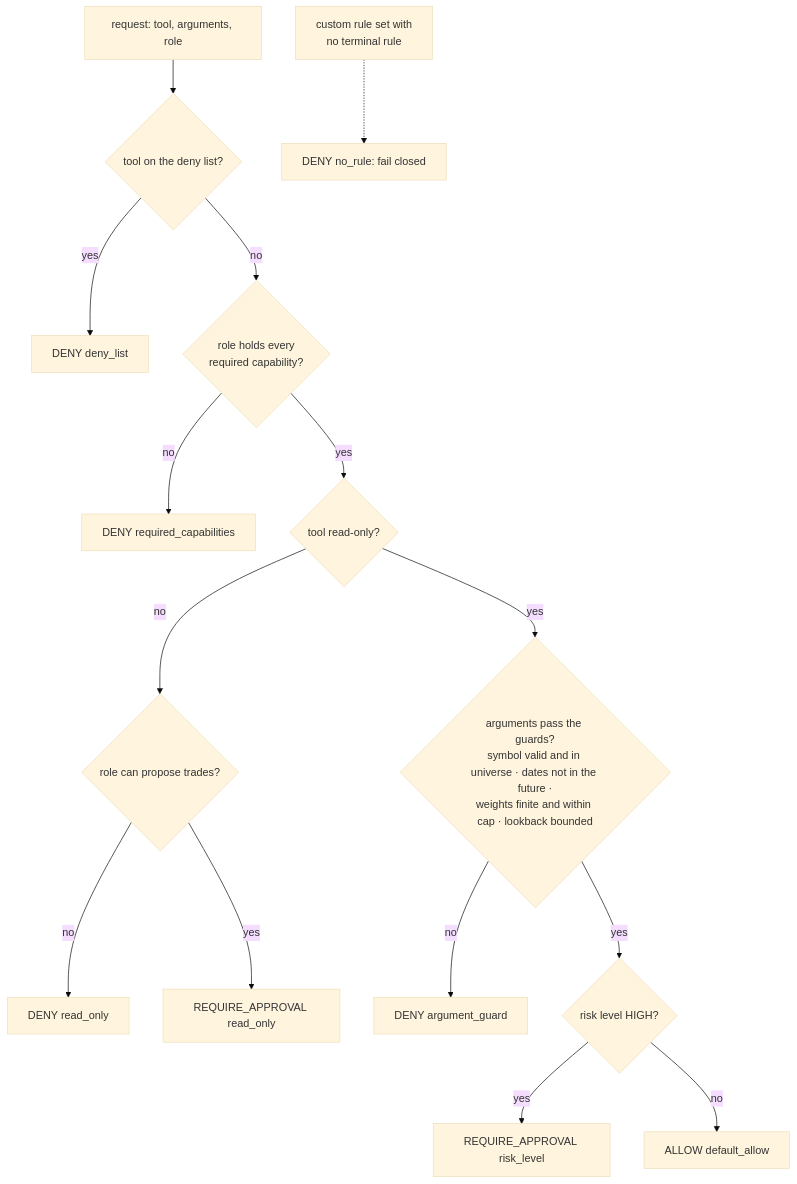
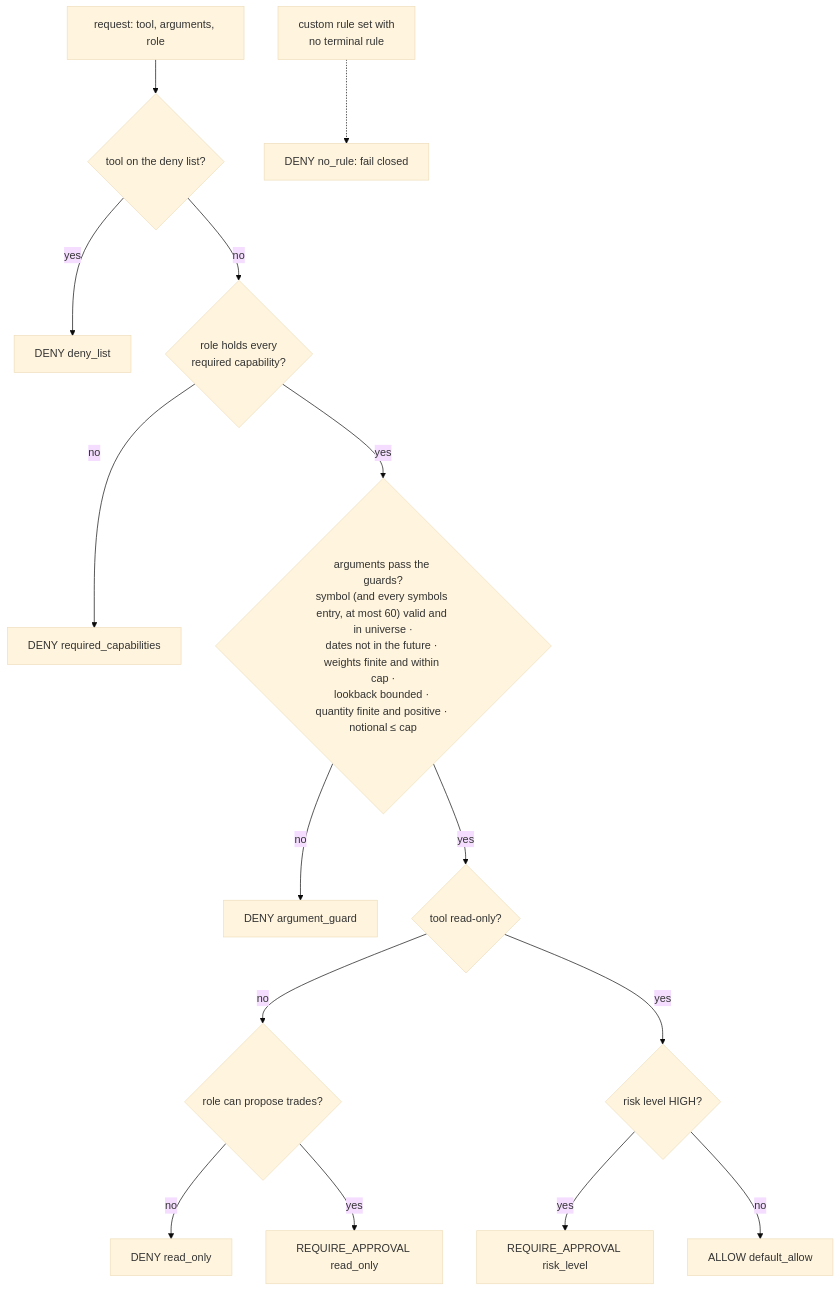
Diagram 11 of 30 in docs/DIAGRAMS.md (AshJha0/agentic-trader), drawn with Mermaid (base theme) before and after one commit. The commit also changed other lines of this file and 71 other files, not shown here.

````diff
--- a/docs/DIAGRAMS.md
+++ b/docs/DIAGRAMS.md
@@ -352,17 +360,17 @@
 ```mermaid
 flowchart TD
     R["request: tool, arguments, role"] --> D1{"tool on the deny list?"}
     D1 -- yes --> DENY1[DENY deny_list]
     D1 -- no --> D2{"role holds every<br/>required capability?"}
     D2 -- no --> DENY2[DENY required_capabilities]
-    D2 -- yes --> D3{"tool read-only?"}
+    D2 -- yes --> D4{"arguments pass the guards?<br/>symbol (and every symbols entry, at most 60) valid and in universe ·<br/>dates not in the future · weights finite and within cap ·<br/>lookback bounded · quantity finite and positive · notional ≤ cap"}
+    D4 -- no --> DENY4[DENY argument_guard]
+    D4 -- yes --> D3{"tool read-only?"}
     D3 -- no --> D3b{"role can propose trades?"}
     D3b -- no --> DENY3[DENY read_only]
     D3b -- yes --> REQ1[REQUIRE_APPROVAL read_only]
-    D3 -- yes --> D4{"arguments pass the guards?<br/>symbol valid and in universe · dates not in the future ·<br/>weights finite and within cap · lookback bounded"}
-    D4 -- no --> DENY4[DENY argument_guard]
-    D4 -- yes --> D5{"risk level HIGH?"}
+    D3 -- yes --> D5{"risk level HIGH?"}
     D5 -- yes --> REQ2[REQUIRE_APPROVAL risk_level]
     D5 -- no --> ALLOW[ALLOW default_allow]
     NR["custom rule set with<br/>no terminal rule"] -.-> DENYN[DENY no_rule: fail closed]
 ```
````
